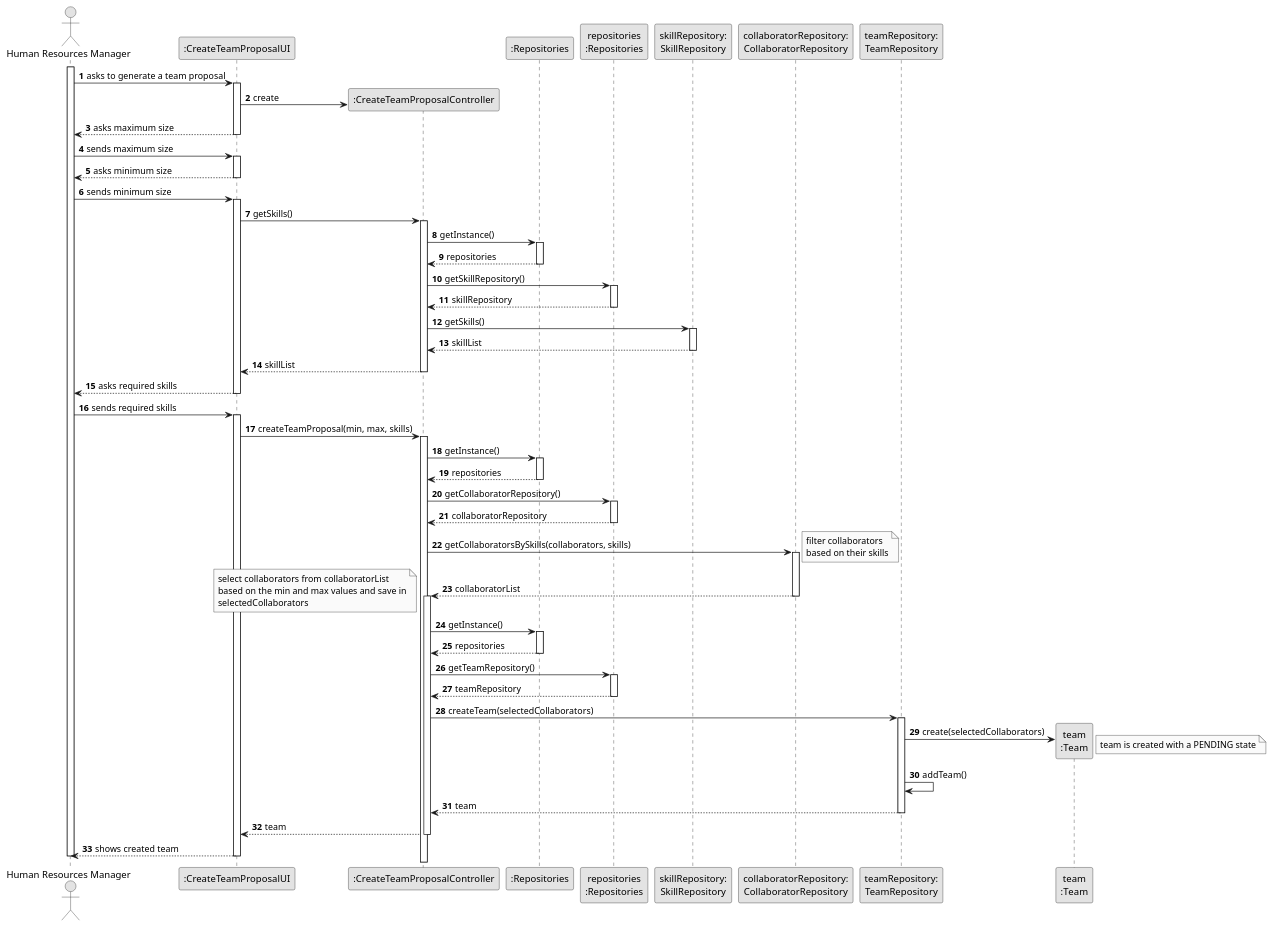
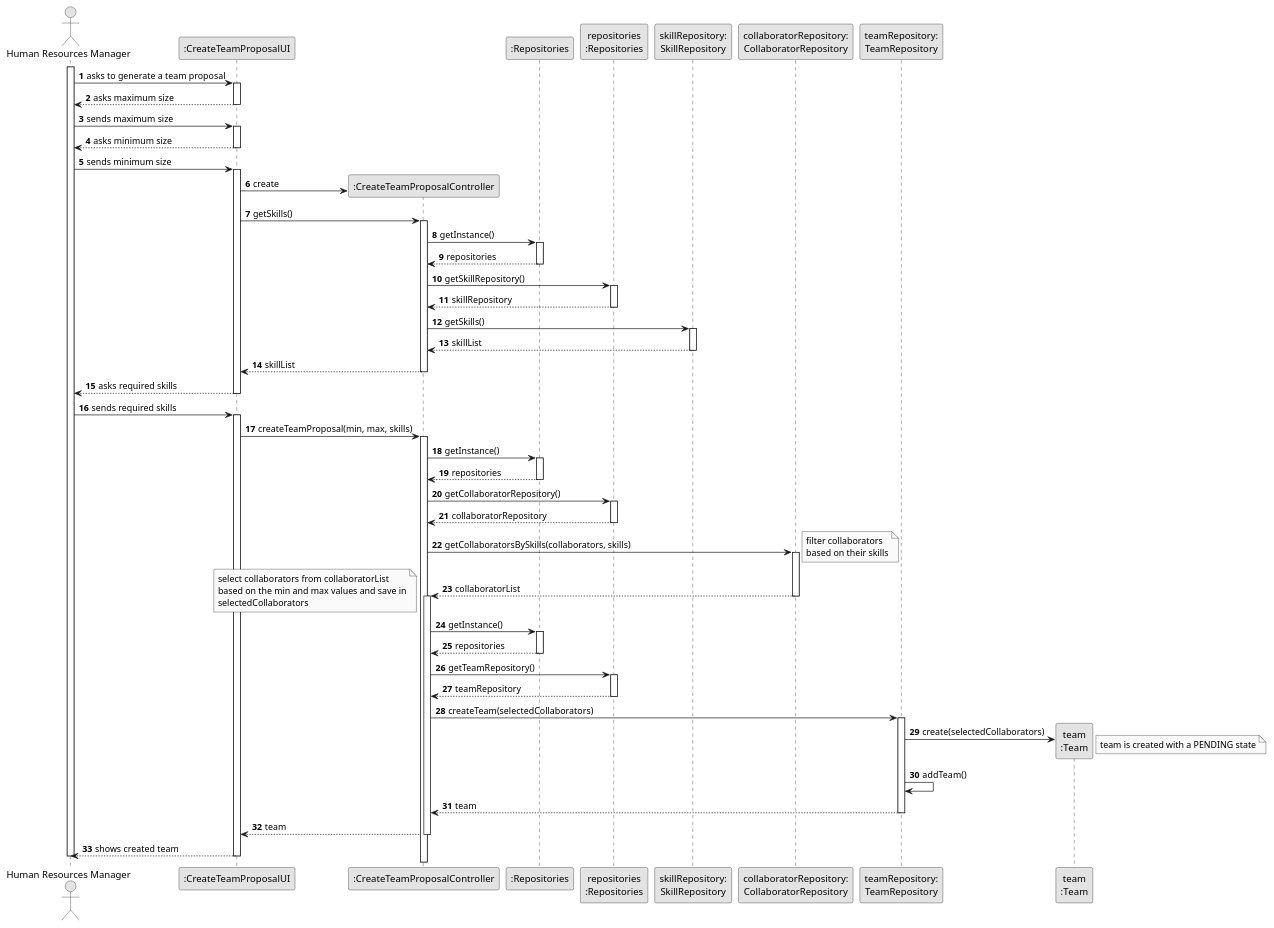
Before and after one commit to Departamento-de-Engenharia-Informatica/lei-24-s2-1do-g164: the diagram in docs/sprintB/us005/03.design/puml/us005-sequence-diagram-full.puml, drawn with PlantUML. The commit also changed other lines of this file and 3 other files, not shown here.

```diff
--- a/docs/sprintB/us005/03.design/puml/us005-sequence-diagram-full.puml
+++ b/docs/sprintB/us005/03.design/puml/us005-sequence-diagram-full.puml
@@ -1,107 +1,107 @@
 @startuml
 skinparam monochrome true
 skinparam packageStyle rectangle
 skinparam shadowing false
 
 autonumber
 
 actor "Human Resources Manager" as HRM
 participant ":CreateTeamProposalUI" as UI
 participant ":CreateTeamProposalController" as CTRL
 participant ":Repositories" as RepositorySingleton
 participant "repositories\n:Repositories" as PLAT
 participant "skillRepository:\nSkillRepository" as SkillRepository
 participant "collaboratorRepository:\nCollaboratorRepository" as CollaboratorRepository
 participant "teamRepository:\nTeamRepository" as TeamRepository
 ' participant "taskCategoryRepository:\nTaskCategoryRepository" as TaskCategoryRepository
 ' participant ":ApplicationSession" as _APP
 ' participant "appSession\n:ApplicationSession" as APP
 ' participant "currentSession\n:UserSession" as SESSAO
 ' participant "organizationRepository:\nOrganizationRepository" as OrganizationRepository
 ' participant "organization\n:Organization" as ORG
 participant "team\n:Team" as TEAM
 
 activate HRM
   HRM -> UI : asks to generate a team proposal
   activate UI
-    UI -> CTRL** : create
     UI --> HRM : asks maximum size
   deactivate UI
 
   HRM -> UI : sends maximum size
   activate UI
     UI --> HRM : asks minimum size
   deactivate UI
 
   HRM -> UI : sends minimum size
   activate UI
+    UI -> CTRL** : create
     UI -> CTRL : getSkills()
     activate CTRL
       CTRL -> RepositorySingleton : getInstance()
       activate RepositorySingleton
         RepositorySingleton --> CTRL : repositories
       deactivate RepositorySingleton
 
       CTRL -> PLAT : getSkillRepository()
       activate PLAT
         PLAT --> CTRL : skillRepository
       deactivate PLAT
 
       CTRL -> SkillRepository : getSkills()
       activate SkillRepository
         SkillRepository --> CTRL : skillList
       deactivate SkillRepository
       CTRL --> UI : skillList
     deactivate CTRL
 
     UI --> HRM : asks required skills
   deactivate UI
 
   HRM -> UI : sends required skills
   activate UI
     UI -> CTRL : createTeamProposal(min, max, skills)
     activate CTRL
       CTRL -> RepositorySingleton : getInstance()
       activate RepositorySingleton
         RepositorySingleton --> CTRL : repositories
       deactivate RepositorySingleton
 
       CTRL -> PLAT : getCollaboratorRepository()
       activate PLAT
         PLAT --> CTRL : collaboratorRepository
       deactivate PLAT
 
       CTRL -> CollaboratorRepository : getCollaboratorsBySkills(collaborators, skills)
       note right : filter collaborators\nbased on their skills
       activate CollaboratorRepository
         CollaboratorRepository --> CTRL : collaboratorList
       deactivate CollaboratorRepository
       note bottom : select collaborators from collaboratorList\nbased on the min and max values and save in\nselectedCollaborators
 
 
 activate CTRL
       CTRL -> RepositorySingleton : getInstance()
       activate RepositorySingleton
         RepositorySingleton --> CTRL : repositories
       deactivate RepositorySingleton
 
 
 
       CTRL -> PLAT : getTeamRepository()
       activate PLAT
         PLAT --> CTRL : teamRepository
       deactivate PLAT
 
       CTRL -> TeamRepository : createTeam(selectedCollaborators)
       activate TeamRepository
         TeamRepository -> TEAM** : create(selectedCollaborators)
         note right : team is created with a PENDING state
         TeamRepository -> TeamRepository : addTeam()
         TeamRepository --> CTRL : team
       deactivate TeamRepository
       CTRL --> UI : team
     deactivate CTRL
     UI --> HRM : shows created team
   deactivate UI
 deactivate HRM
 @enduml
```
